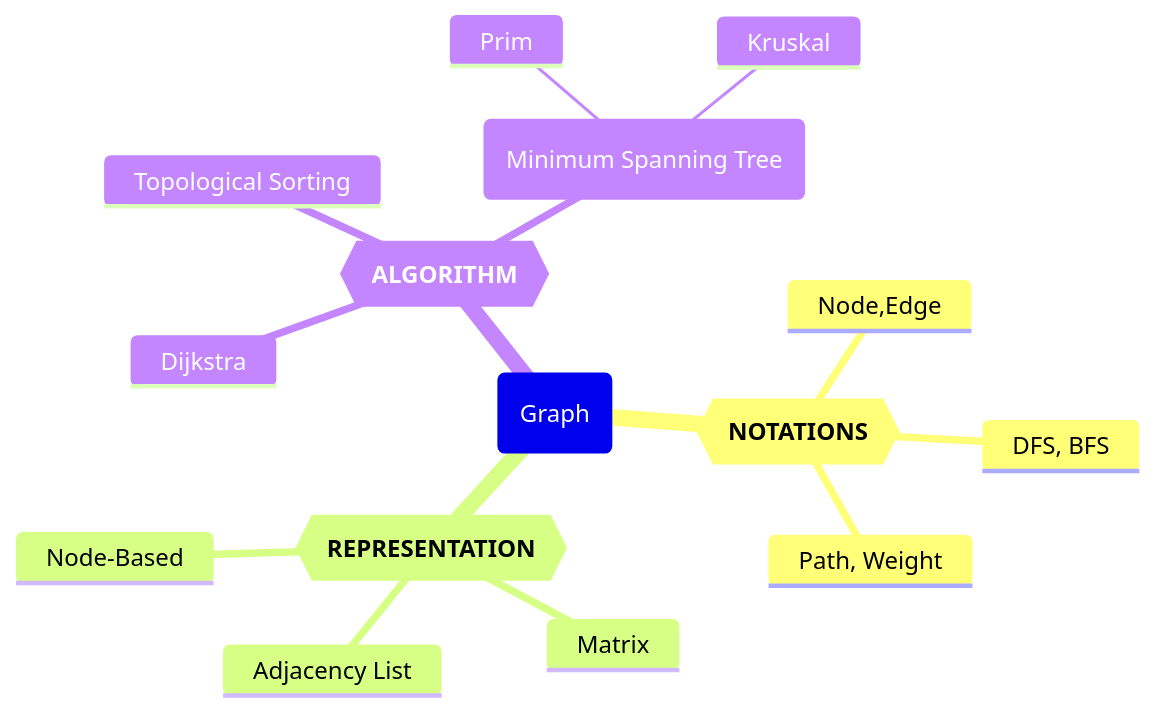
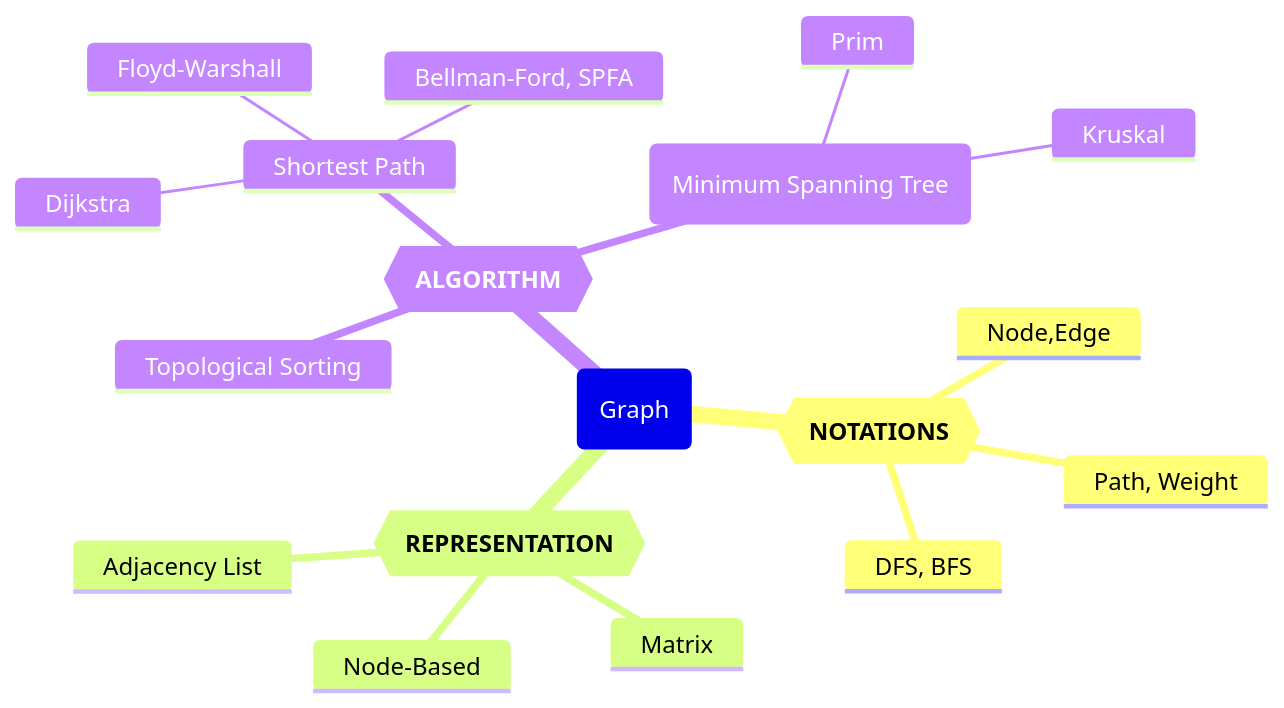
The diagram in graph_questions.md (GMyhf/2024spring-cs201), drawn with Mermaid before and after one commit. The commit also changed other lines of this file, not shown here.

````diff
--- a/graph_questions.md
+++ b/graph_questions.md
@@ -17,22 +17,25 @@
 ```mermaid
 mindmap
   Graph(Graph)
     Notations{{**NOTATIONS**}}
     	Node,Edge
     	Path, Weight
     	DFS, BFS
       
     Representation{{**REPRESENTATION**}}
       Node-Based
       Matrix
       Adjacency List
       
     Algorithm{{**ALGORITHM**}}
-    	Dijkstra
+    	Shortest Path
+    		Dijkstra
+    		Bellman-Ford, SPFA
+    		Floyd-Warshall 
     	Topological Sorting
     	MST(Minimum Spanning Tree)
     		Prim
     		Kruskal
       
 
 ```
````
